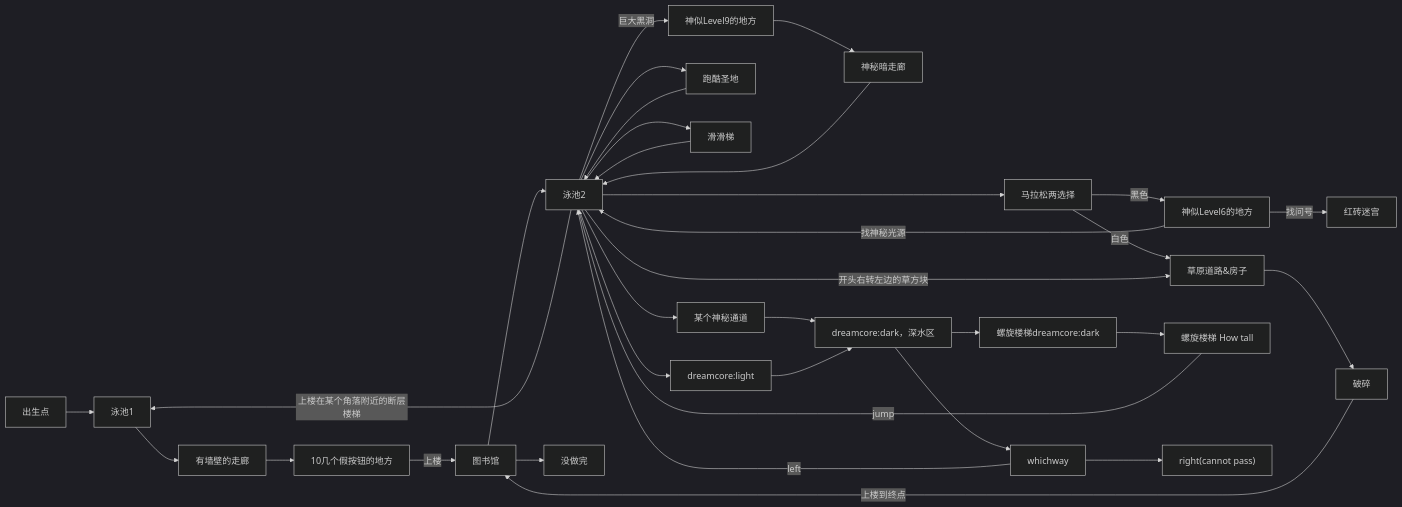
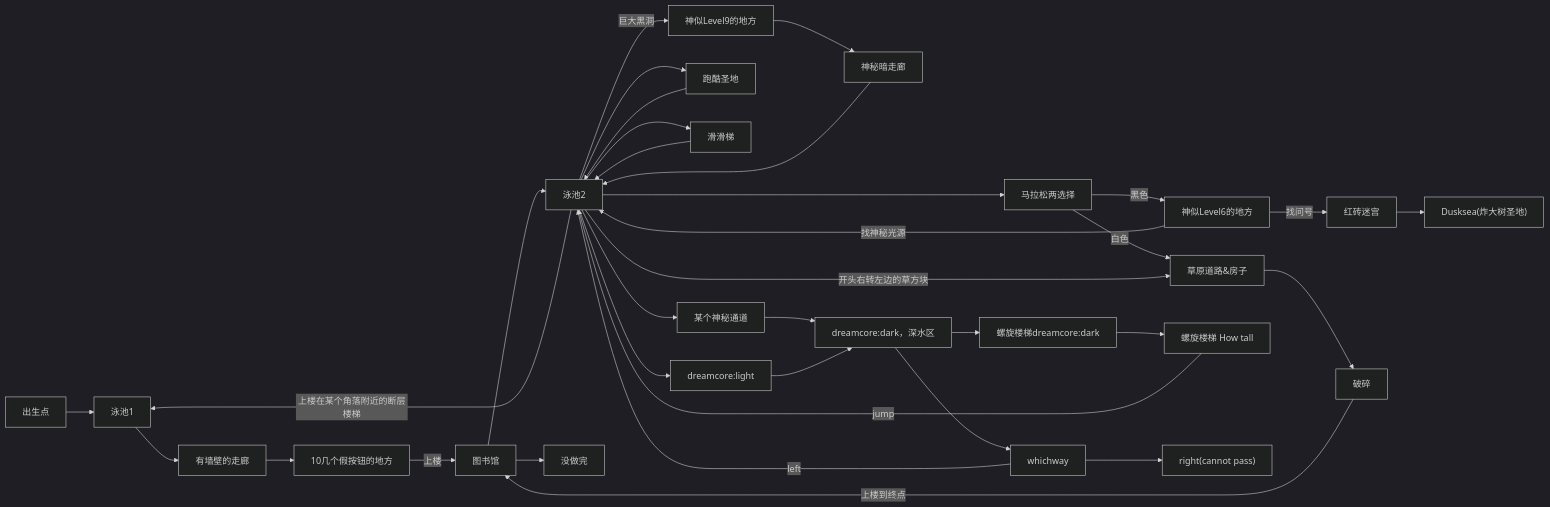
One commit to VeryrrDefine/veryrrdefine.github.io changed the diagram in _posts/2026-02-26-dreamcore-server-structure-map.markdown. Above: the diagram before and after it, drawn with Mermaid (dark theme).

Commit message:
add dusksea

```diff
--- a/_posts/2026-02-26-dreamcore-server-structure-map.markdown
+++ b/_posts/2026-02-26-dreamcore-server-structure-map.markdown
@@ -11,33 +11,33 @@
 <div class="mermaid">
 flowchart LR
 
 A[出生点] --> 1[泳池1]
 1-->1_1[有墙壁的走廊]-->1_2[10几个假按钮的地方]--上楼-->9inf[图书馆]
 
 9inf-->2[泳池2]
 9inf-->没做完
 2---->malason[马拉松两选择]
 malason--黑色-->6[神似Level6的地方]
 2--上楼在某个角落附近的断层楼梯-->1
 6--找神秘光源-->2
-6--找问号-->redbrick[红砖迷宫]
+6--找问号-->redbrick[红砖迷宫]-->ducksea["Dusksea(炸大树圣地)"]
 malason--白色-->road3[草原道路&房子]
 2--开头右转左边的草方块-->road3
 road3-->upstairsinfinite[破碎]
 upstairsinfinite--上楼到终点-->9inf
 2--巨大黑洞-->level9like[神似Level9的地方]-->darkhall[神秘暗走廊]
 2-->parkour[跑酷圣地]
 
 parkour-->2
 darkhall-->2
 2-->fastslider[滑滑梯]
 fastslider-->2
-2-->某个神秘通道-->ducksea[dreamcore:dark，深水区]
-ducksea-->lxlt1[螺旋楼梯dreamcore:dark]-->lxlt2[螺旋楼梯 How tall]--jump-->2
-ducksea-->whichway
+2-->某个神秘通道-->deepseek[dreamcore:dark，深水区]
+deepseek-->lxlt1[螺旋楼梯dreamcore:dark]-->lxlt2[螺旋楼梯 How tall]--jump-->2
+deepseek-->whichway
 whichway--left-->2
 whichway-->right["right(cannot pass)"]
 2-->dreamcorelight[dreamcore:light]
-dreamcorelight-->ducksea
+dreamcorelight-->deepseek
 
 </div>
```
